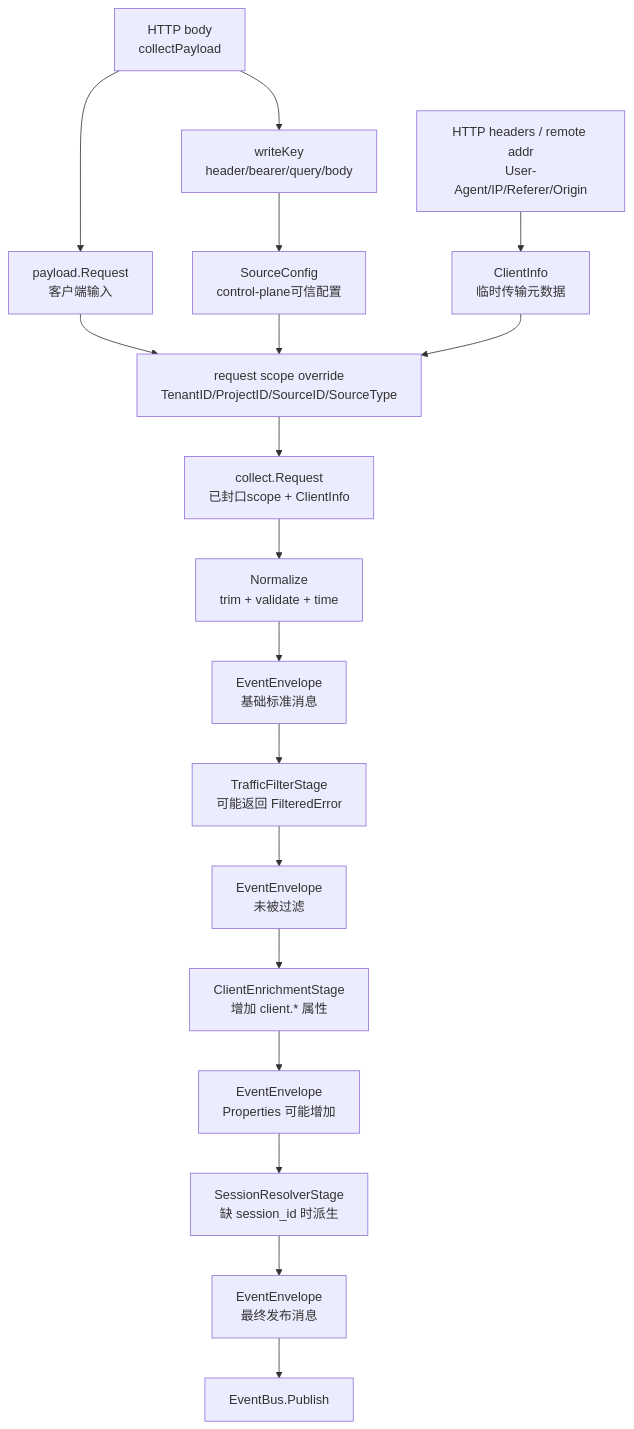
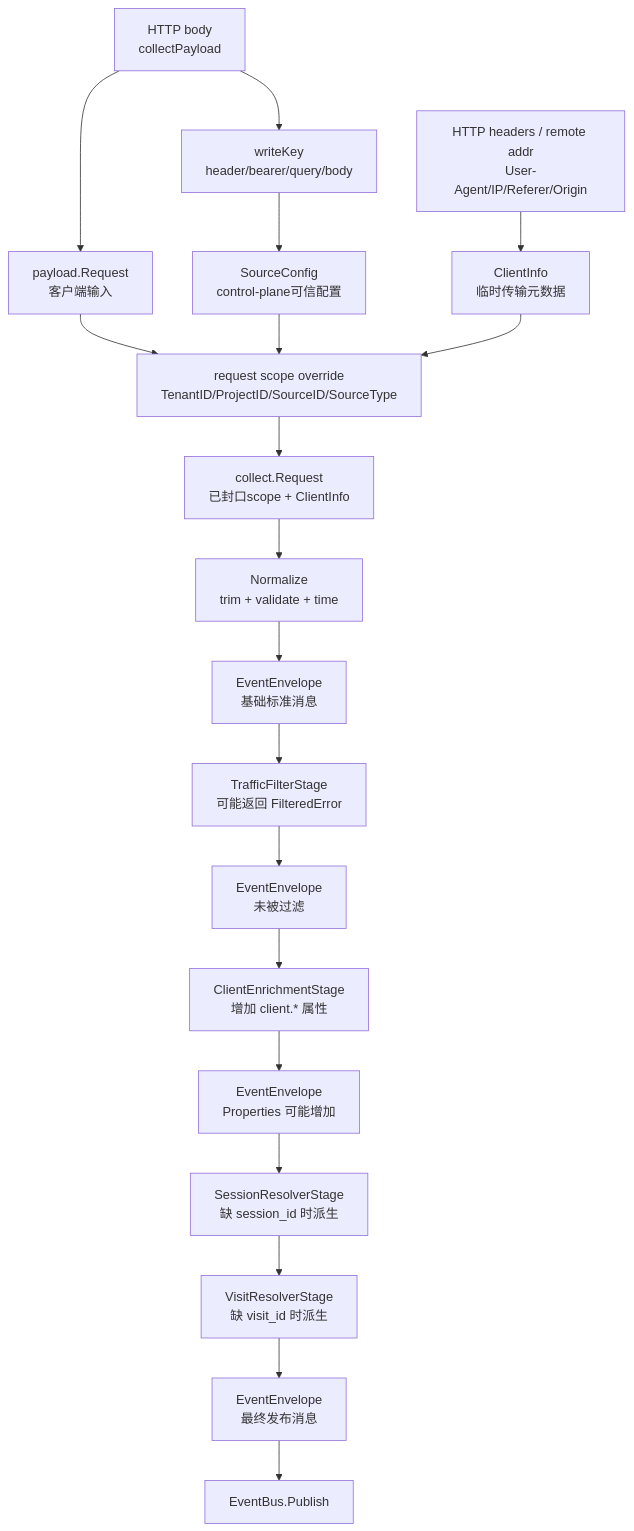
The fourth of 5 diagrams in docs/analytics-source-reading/handle-collect-data-flow.md (RoggerZ/uba), drawn with Mermaid before and after one commit. The commit also changed other lines of this file and 5 other files, not shown here.

````diff
--- a/docs/analytics-source-reading/handle-collect-data-flow.md
+++ b/docs/analytics-source-reading/handle-collect-data-flow.md
@@ -770,20 +777,21 @@
 ```mermaid
 flowchart TD
     A["HTTP body<br/>collectPayload"] --> B["payload.Request<br/>客户端输入"]
     A --> WK["writeKey<br/>header/bearer/query/body"]
     WK --> SC["SourceConfig<br/>control-plane可信配置"]
     B --> OVR["request scope override<br/>TenantID/ProjectID/SourceID/SourceType"]
     SC --> OVR
     H["HTTP headers / remote addr<br/>User-Agent/IP/Referer/Origin"] --> CI["ClientInfo<br/>临时传输元数据"]
     CI --> OVR
     OVR --> REQ["collect.Request<br/>已封口scope + ClientInfo"]
     REQ --> NORM["Normalize<br/>trim + validate + time"]
     NORM --> ENV1["EventEnvelope<br/>基础标准消息"]
     ENV1 --> TF["TrafficFilterStage<br/>可能返回 FilteredError"]
     TF --> ENV2["EventEnvelope<br/>未被过滤"]
     ENV2 --> ENR["ClientEnrichmentStage<br/>增加 client.* 属性"]
     ENR --> ENV3["EventEnvelope<br/>Properties 可能增加"]
     ENV3 --> SES["SessionResolverStage<br/>缺 session_id 时派生"]
-    SES --> ENV4["EventEnvelope<br/>最终发布消息"]
+    SES --> VIS["VisitResolverStage<br/>缺 visit_id 时派生"]
+    VIS --> ENV4["EventEnvelope<br/>最终发布消息"]
     ENV4 --> PUB["EventBus.Publish"]
 ```
````
